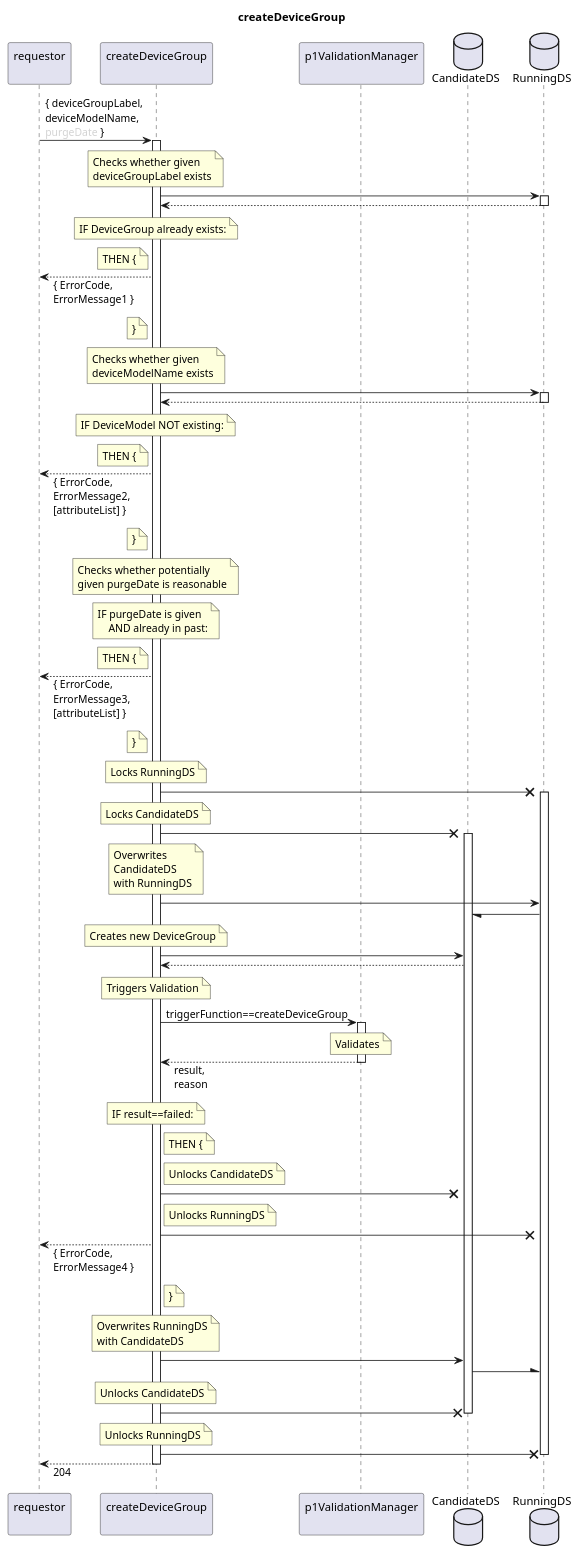
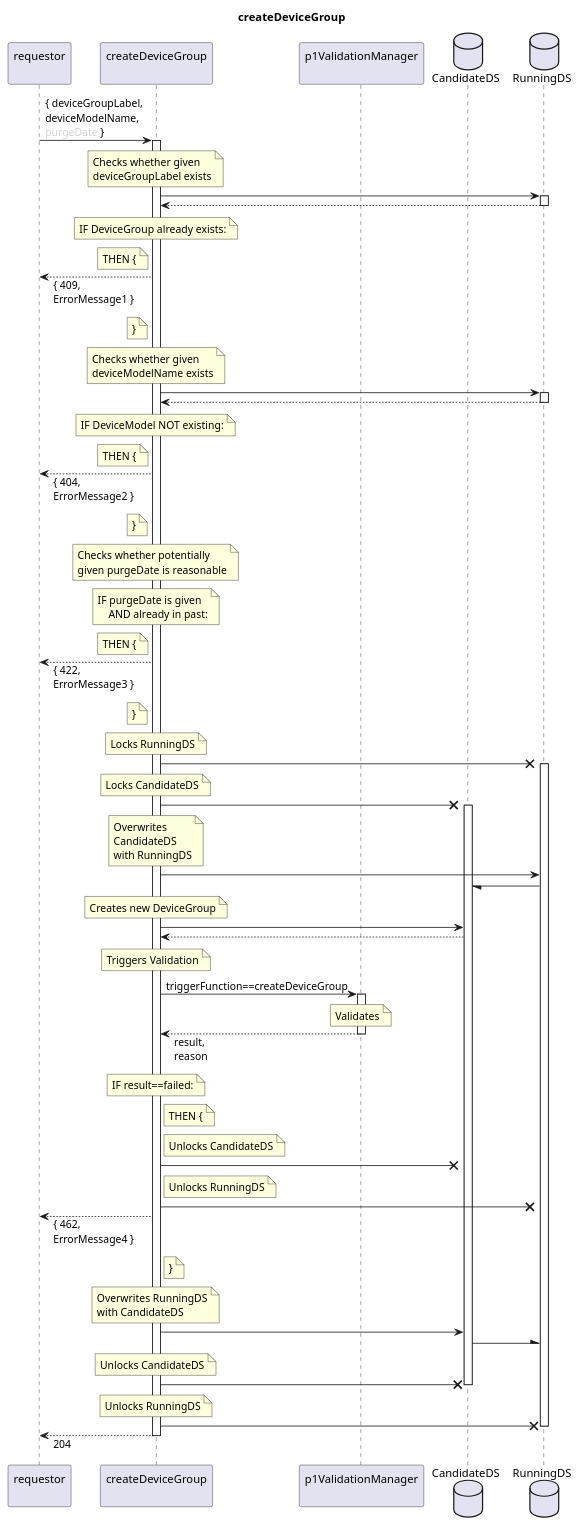
Before and after one commit to openBackhaul/FirmWareManager: the diagram in spec/Services/createDeviceGroup/1.0.0/createDeviceGroup.plantuml, drawn with PlantUML. The commit also changed 89 other files, not shown here.

```diff
--- a/spec/Services/createDeviceGroup/1.0.0/createDeviceGroup.plantuml
+++ b/spec/Services/createDeviceGroup/1.0.0/createDeviceGroup.plantuml
@@ -1,145 +1,145 @@
 @startuml createDeviceGroup
 skinparam responseMessageBelowArrow true
 
 title
   createDeviceGroup
 end title
 
 
 participant "requestor\n" as requestor
 participant "createDeviceGroup\n" as indServ
 participant "p1ValidationManager\n" as valiMan
 database "CandidateDS" as CanDS
 database "RunningDS" as RunDS
 
 requestor -> indServ: { deviceGroupLabel,\ndeviceModelName,\n<color:LightGray>purgeDate</color> }
 activate indServ
 
   note over indServ
     Checks whether given
     deviceGroupLabel exists
   end note
   indServ -> RunDS
   activate RunDS
   indServ <-- RunDS
   deactivate RunDS
   note over indServ
     IF DeviceGroup already exists:
   end note
   note left indServ
     THEN {
   end note
-  requestor <-- indServ: { ErrorCode,\nErrorMessage1 }
+  requestor <-- indServ: { 409,\nErrorMessage1 }
   note left indServ
     }
   end note
 
   note over indServ
     Checks whether given
     deviceModelName exists
   end note
   indServ -> RunDS
   activate RunDS
   indServ <-- RunDS
   deactivate RunDS
   note over indServ
     IF DeviceModel NOT existing:
   end note
   note left indServ
     THEN {
   end note
-  requestor <-- indServ: { ErrorCode,\nErrorMessage2,\n[attributeList] }
+  requestor <-- indServ: { 404,\nErrorMessage2 }
   note left indServ
     }
   end note
 
   note over indServ
     Checks whether potentially
     given purgeDate is reasonable
   end note
   note over indServ
     IF purgeDate is given
         AND already in past:
   end note
   note left indServ
     THEN {
   end note
-  requestor <-- indServ: { ErrorCode,\nErrorMessage3,\n[attributeList] }
+  requestor <-- indServ: { 422,\nErrorMessage3 }
   note left indServ
     }
   end note
 
   note over indServ
     Locks RunningDS
   end note
   indServ -X RunDS
   activate RunDS
   note over indServ
     Locks CandidateDS
   end note
   indServ -X CanDS
   activate CanDS
   note over indServ
     Overwrites
     CandidateDS
     with RunningDS
   end note
   indServ -> RunDS
   RunDS -/ CanDS
 
   note over indServ
     Creates new DeviceGroup
   end note
   indServ -> CanDS
   indServ <-- CanDS
 
   note over indServ
     Triggers Validation
   end note
   indServ -> valiMan: triggerFunction==createDeviceGroup
   activate valiMan
     note over valiMan
       Validates
     end note
   indServ <-- valiMan: result,\nreason
   deactivate valiMan
   note over indServ
     IF result==failed:
   end note
   note right indServ
     THEN {
   end note
   note right indServ
     Unlocks CandidateDS
   end note
   indServ -X CanDS
   note right indServ
     Unlocks RunningDS
   end note
   indServ -X RunDS
-  requestor <-- indServ: { ErrorCode,\nErrorMessage4 }
+  requestor <-- indServ: { 462,\nErrorMessage4 }
   note right indServ
     }
   end note
 
   note over indServ
     Overwrites RunningDS
     with CandidateDS
   end note
   indServ -> CanDS
   CanDS -\ RunDS
   note over indServ
     Unlocks CandidateDS
   end note
   indServ -X CanDS
   deactivate CanDS
   note over indServ
     Unlocks RunningDS
   end note
   indServ -X RunDS
   deactivate RunDS
 
 requestor <-- indServ: 204
 deactivate indServ
 
 @enduml
```
